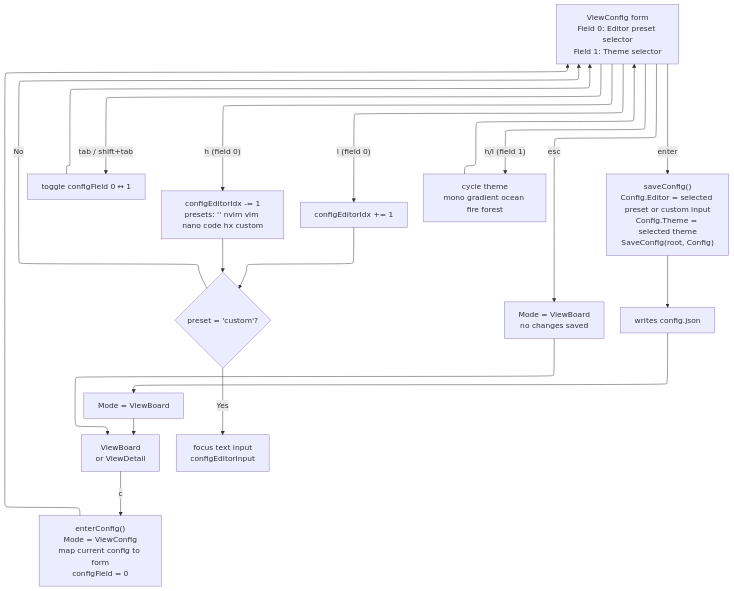
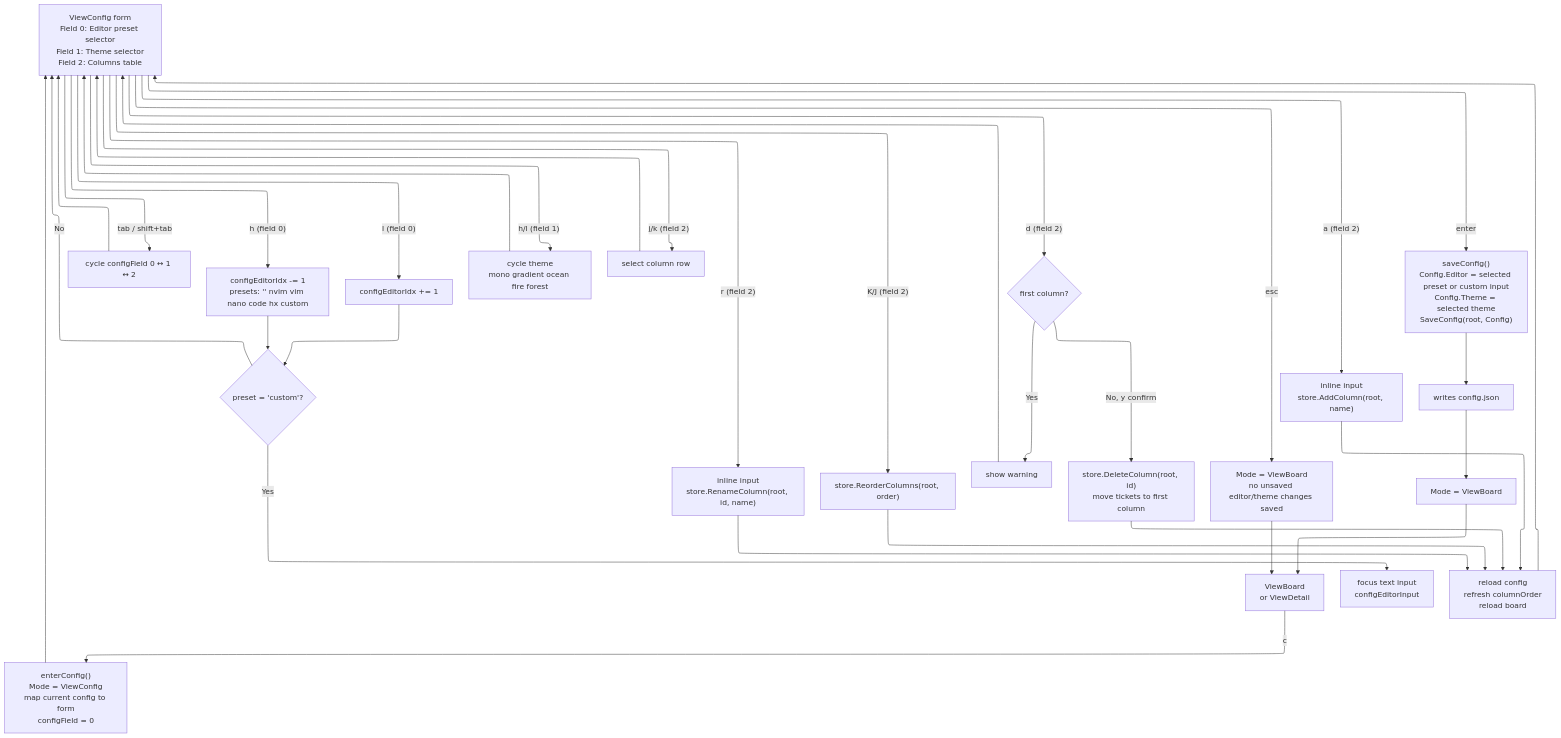
The first of 3 diagrams in docs/flows/configuration.md (dawidsok/tickcats), drawn with Mermaid before and after one commit. The commit also changed other lines of this file and 29 other files, not shown here.

````diff
--- a/docs/flows/configuration.md
+++ b/docs/flows/configuration.md
@@ -7,27 +7,46 @@
 ```mermaid
 %%{init: {"flowchart": {"defaultRenderer": "elk"}} }%%
 flowchart TD
     Board["ViewBoard\nor ViewDetail"] -->|"c"| Enter["enterConfig()\nMode = ViewConfig\nmap current config to form\nconfigField = 0"]
-    Enter --> Form["ViewConfig form\nField 0: Editor preset selector\nField 1: Theme selector"]
+    Enter --> Form["ViewConfig form\nField 0: Editor preset selector\nField 1: Theme selector\nField 2: Columns table"]
 
-    Form -->|"tab / shift+tab"| CycleField["toggle configField 0 ↔ 1"]
+    Form -->|"tab / shift+tab"| CycleField["cycle configField 0 ↔ 1 ↔ 2"]
     CycleField --> Form
 
     Form -->|"h (field 0)"| PrevEditor["configEditorIdx -= 1\npresets: '' nvim vim nano code hx custom"]
     Form -->|"l (field 0)"| NextEditor["configEditorIdx += 1"]
     PrevEditor --> CheckCustom{"preset = 'custom'?"}
     NextEditor --> CheckCustom
     CheckCustom -->|Yes| FocusInput["focus text input\nconfigEditorInput"]
     CheckCustom -->|No| Form
 
     Form -->|"h/l (field 1)"| CycleTheme["cycle theme\nmono gradient ocean fire forest"]
     CycleTheme --> Form
 
-    Form -->|"esc"| Discard["Mode = ViewBoard\nno changes saved"]
+    Form -->|"j/k (field 2)"| SelectColumn["select column row"]
+    SelectColumn --> Form
+
+    Form -->|"a (field 2)"| AddColumn["inline input\nstore.AddColumn(root, name)"]
+    AddColumn --> RefreshColumns["reload config\nrefresh columnOrder\nreload board"]
+    RefreshColumns --> Form
+
+    Form -->|"r (field 2)"| RenameColumn["inline input\nstore.RenameColumn(root, id, name)"]
+    RenameColumn --> RefreshColumns
+
+    Form -->|"K/J (field 2)"| ReorderColumn["store.ReorderColumns(root, order)"]
+    ReorderColumn --> RefreshColumns
+
+    Form -->|"d (field 2)"| DeleteColumn{"first column?"}
+    DeleteColumn -->|Yes| BlockDelete["show warning"]
+    BlockDelete --> Form
+    DeleteColumn -->|No, y confirm| DeleteStore["store.DeleteColumn(root, id)\nmove tickets to first column"]
+    DeleteStore --> RefreshColumns
+
+    Form -->|"esc"| Discard["Mode = ViewBoard\nno unsaved editor/theme changes saved"]
     Discard --> Board
 
     Form -->|"enter"| Save["saveConfig()\nConfig.Editor = selected preset or custom input\nConfig.Theme = selected theme\nSaveConfig(root, Config)"]
     Save --> WriteConfig["writes config.json"]
     WriteConfig --> Return["Mode = ViewBoard"]
     Return --> Board
 ```
````
